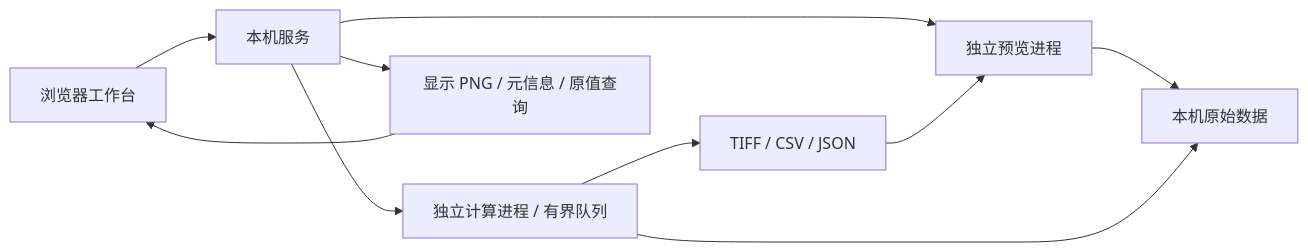
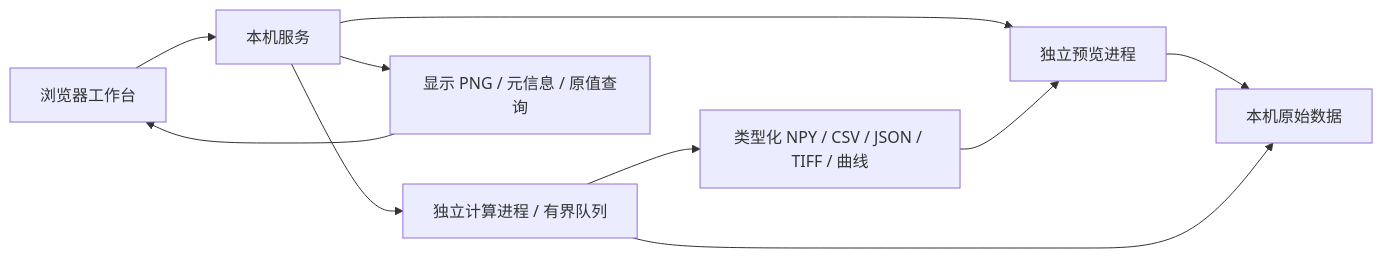
One commit to CSSAcslin/Expertise-Image-Processor changed the diagram in README.md. Above: the diagram before and after it, drawn with Mermaid. The commit also changed other lines of this file and 31 other files, not shown here.

````diff
--- a/README.md
+++ b/README.md
@@ -35,12 +37,12 @@
 ```mermaid
 flowchart LR
     UI[浏览器工作台] --> API[本机服务]
     API --> Preview[独立预览进程]
     API --> Jobs[独立计算进程 / 有界队列]
     Preview --> Raw[本机原始数据]
     Jobs --> Raw
-    Jobs --> Out[TIFF / CSV / JSON]
+    Jobs --> Out[类型化 NPY / CSV / JSON / TIFF / 曲线]
     Out --> Preview
     API --> View[显示 PNG / 元信息 / 原值查询]
     View --> UI
 ```
````
